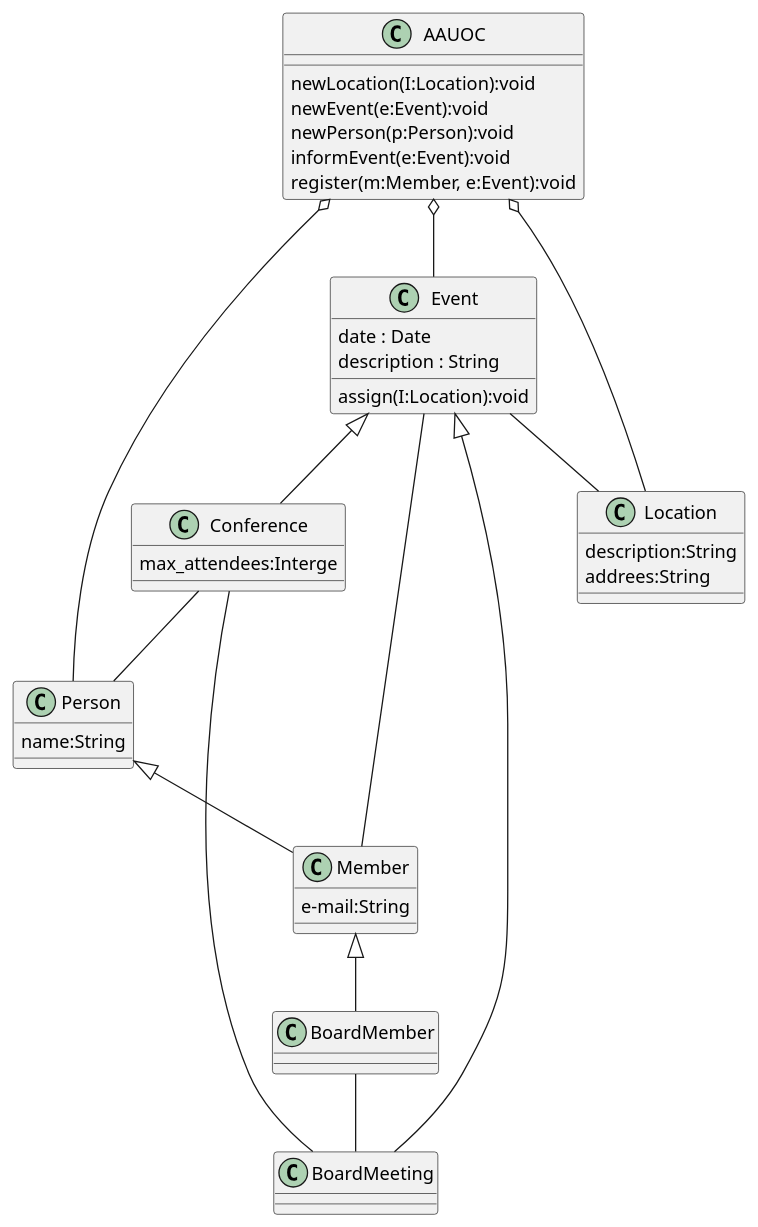
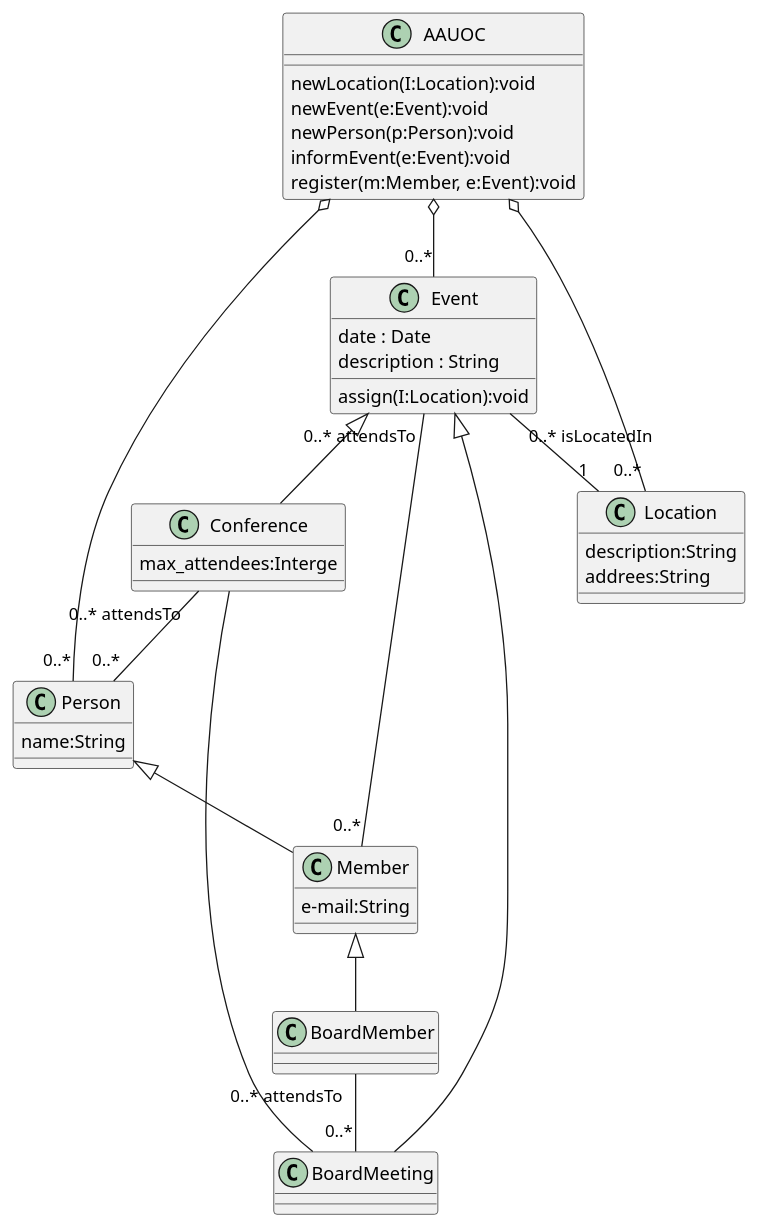
The diagram in src/DiagramaUn11MRCP.puml (miriancp88/UMLClases), drawn with PlantUML before and after one commit.

Commit message:
cardinales y relaciones FINAl

```diff
--- a/src/DiagramaUn11MRCP.puml
+++ b/src/DiagramaUn11MRCP.puml
@@ -1,56 +1,56 @@
 @startuml
 
 class Member{
 e-mail:String
 }
 
 class BoardMember{
 }
 
 class Event{
 date : Date
 description : String
 assign(I:Location):void
 }
 
 class Conference{
 max_attendees:Interge
 }
 
 class BoardMeeting{
 }
 
 class Location{
 description:String
 addrees:String
 }
 
 class Person{
 name:String
 }
 
 class AAUOC{
 newLocation(I:Location):void
 newEvent(e:Event):void
 newPerson(p:Person):void
 informEvent(e:Event):void
 register(m:Member, e:Event):void
 }
 
 Event <|-- Conference
 Event <|-- BoardMeeting
 Conference -- BoardMeeting
 
 Person <|-- Member
 Member <|-- BoardMember
 
-AAUOC o-- Location
-AAUOC o-- Event
-AAUOC o-- Person
-Event -- Member
-Event -- Location
-Conference -- Person
-BoardMember -- BoardMeeting
+AAUOC  o-- "0..*" Location
+AAUOC o-- "0..*" Event
+AAUOC o-- "0..*" Person
+Event "0..* attendsTo" -- "0..*" Member
+Event"0..* isLocatedIn" --"1" Location
+Conference "0..* attendsTo" -- "0..*" Person
+BoardMember "0..* attendsTo" -- "0..*" BoardMeeting
 
 
 @enduml
```
